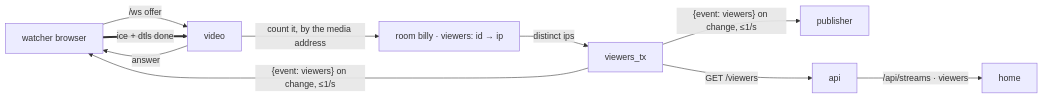
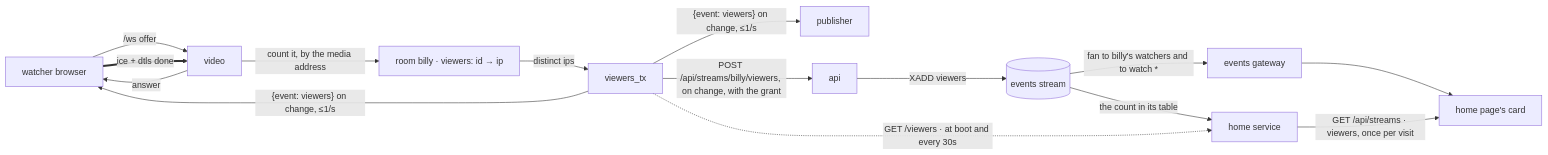
One commit to ZeroNerodaHero/slop-stream-architecture changed the diagram in docs/viewers.md. Above: the diagram before and after it, drawn with Mermaid. The commit also changed other lines of this file and 62 other files, not shown here.

````diff
--- a/docs/viewers.md
+++ b/docs/viewers.md
@@ -9,10 +9,13 @@
 ```mermaid
 flowchart LR
   w[watcher browser] -->|"/ws offer"| v[video]
   v -->|answer| w
   w ==>|"ice + dtls done"| v
   v -->|"count it, by the media address"| room["room billy · viewers: id → ip"]
   room -->|"distinct ips"| n["viewers_tx"]
   n -->|"{event: viewers} on change, ≤1/s"| w & pub[publisher]
-  n -->|"GET /viewers"| api -->|"/api/streams · viewers"| home
+  n -->|"POST /api/streams/billy/viewers, on change, with the grant"| api -->|"XADD viewers"| redis[("events stream")]
+  redis -->|"fan to billy's watchers and to watch *"| gw[events gateway] --> homepage[home page's card]
+  redis -->|"the count in its table"| home[home service] -->|"GET /api/streams · viewers, once per visit"| homepage
+  n -.->|"GET /viewers · at boot and every 30s"| home
 ```
````
